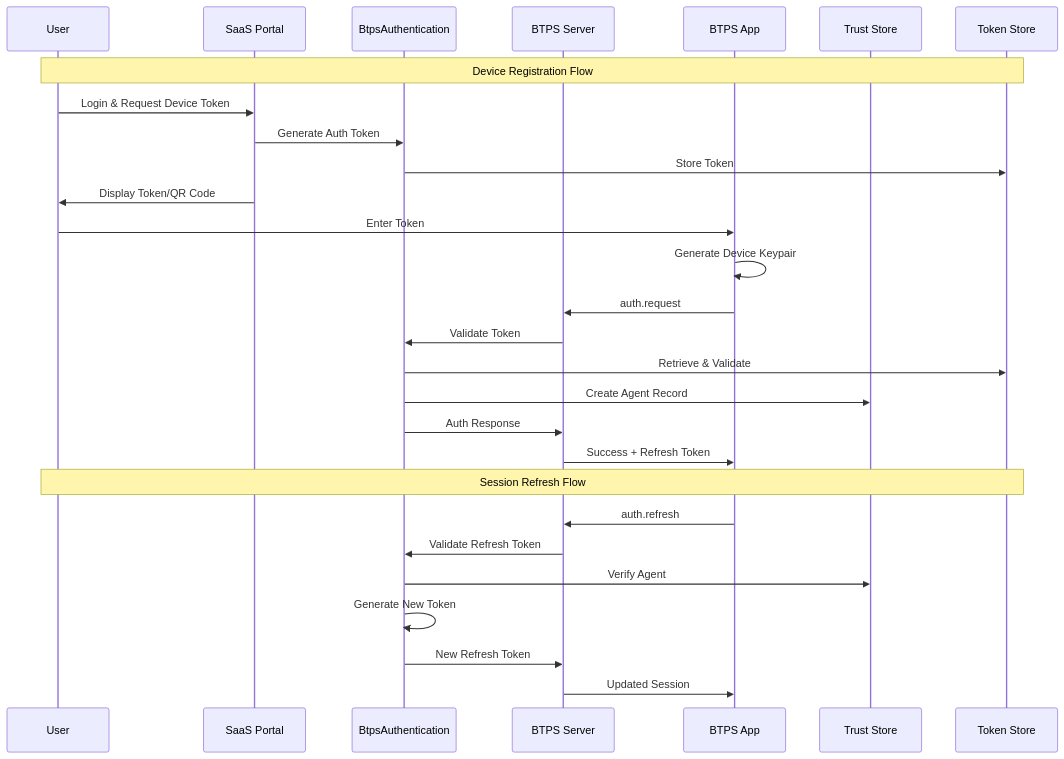
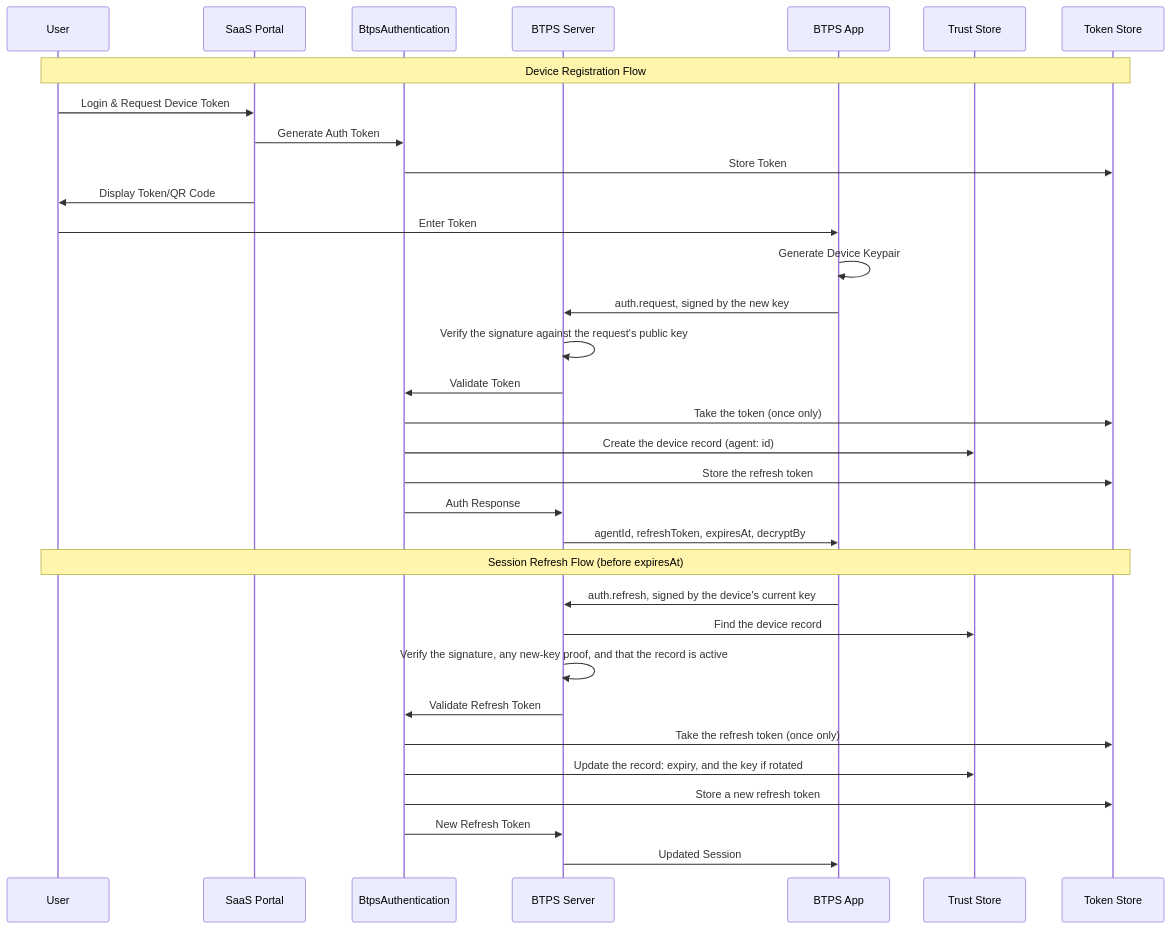
One commit to openbtps/btps-node changed the first of 3 diagrams in docs/docusaurus/docs/protocol/authentication/authenticationFlow.md. Above: the diagram before and after it, drawn with Mermaid. The commit also changed other lines of this file and 26 other files, not shown here.

First line of the commit message:
Docs: bring every diagram in line with 1.1

````diff
--- a/docs/docusaurus/docs/protocol/authentication/authenticationFlow.md
+++ b/docs/docusaurus/docs/protocol/authentication/authenticationFlow.md
@@ -13,32 +13,37 @@
 ```mermaid
 sequenceDiagram
     participant User
     participant SaaS Portal
     participant BtpsAuthentication
     participant BTPS Server
     participant BTPS App
     participant Trust Store
     participant Token Store
 
     Note over User,Token Store: Device Registration Flow
     User->>SaaS Portal: Login & Request Device Token
     SaaS Portal->>BtpsAuthentication: Generate Auth Token
     BtpsAuthentication->>Token Store: Store Token
     SaaS Portal->>User: Display Token/QR Code
     User->>BTPS App: Enter Token
     BTPS App->>BTPS App: Generate Device Keypair
-    BTPS App->>BTPS Server: auth.request
+    BTPS App->>BTPS Server: auth.request, signed by the new key
+    BTPS Server->>BTPS Server: Verify the signature against the request's public key
     BTPS Server->>BtpsAuthentication: Validate Token
-    BtpsAuthentication->>Token Store: Retrieve & Validate
-    BtpsAuthentication->>Trust Store: Create Agent Record
+    BtpsAuthentication->>Token Store: Take the token (once only)
+    BtpsAuthentication->>Trust Store: Create the device record (agent: id)
+    BtpsAuthentication->>Token Store: Store the refresh token
     BtpsAuthentication->>BTPS Server: Auth Response
-    BTPS Server->>BTPS App: Success + Refresh Token
+    BTPS Server->>BTPS App: agentId, refreshToken, expiresAt, decryptBy
 
-    Note over User,Token Store: Session Refresh Flow
-    BTPS App->>BTPS Server: auth.refresh
+    Note over User,Token Store: Session Refresh Flow (before expiresAt)
+    BTPS App->>BTPS Server: auth.refresh, signed by the device's current key
+    BTPS Server->>Trust Store: Find the device record
+    BTPS Server->>BTPS Server: Verify the signature, any new-key proof, and that the record is active
     BTPS Server->>BtpsAuthentication: Validate Refresh Token
-    BtpsAuthentication->>Trust Store: Verify Agent
-    BtpsAuthentication->>BtpsAuthentication: Generate New Token
+    BtpsAuthentication->>Token Store: Take the refresh token (once only)
+    BtpsAuthentication->>Trust Store: Update the record: expiry, and the key if rotated
+    BtpsAuthentication->>Token Store: Store a new refresh token
     BtpsAuthentication->>BTPS Server: New Refresh Token
     BTPS Server->>BTPS App: Updated Session
 ```
````
